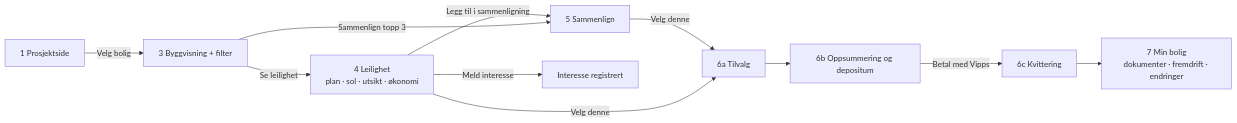
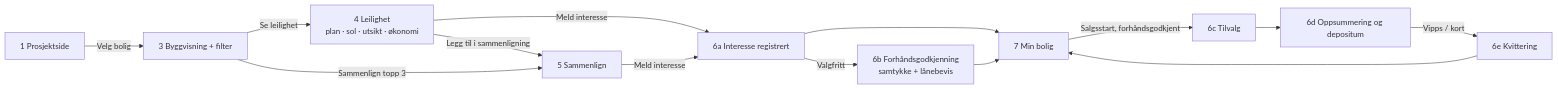
Before and after one commit to kremflote/Borettslaget: the diagram in docs/design-sprint/Wireframes.md, drawn with Mermaid. The commit also changed other lines of this file and 9 other files, not shown here.

First line of the commit message:
Design Sprint: record group decisions on interest-first flow and scope

````diff
--- a/docs/design-sprint/Wireframes.md
+++ b/docs/design-sprint/Wireframes.md
@@ -18,13 +18,16 @@
 ```mermaid
 flowchart LR
   A[1 Prosjektside] -->|Velg bolig| B[3 Byggvisning + filter]
   B -->|Se leilighet| C[4 Leilighet<br/>plan · sol · utsikt · økonomi]
   C -->|Legg til i sammenligning| D[5 Sammenlign]
   B -->|Sammenlign topp 3| D
-  D -->|Velg denne| E[6a Tilvalg]
-  C -->|Velg denne| E
-  E --> F[6b Oppsummering og depositum]
-  F -->|Betal med Vipps| G[6c Kvittering]
-  G --> H[7 Min bolig<br/>dokumenter · fremdrift · endringer]
-  C -->|Meld interesse| I[Interesse registrert]
+  C -->|Meld interesse| I[6a Interesse registrert]
+  D -->|Meld interesse| I
+  I -->|Valgfritt| P[6b Forhåndsgodkjenning<br/>samtykke + lånebevis]
+  I --> H[7 Min bolig]
+  P --> H
+  H -->|Salgsstart, forhåndsgodkjent| E[6c Tilvalg]
+  E --> F[6d Oppsummering og depositum]
+  F -->|Vipps / kort| G[6e Kvittering]
+  G --> H
 ```
````
